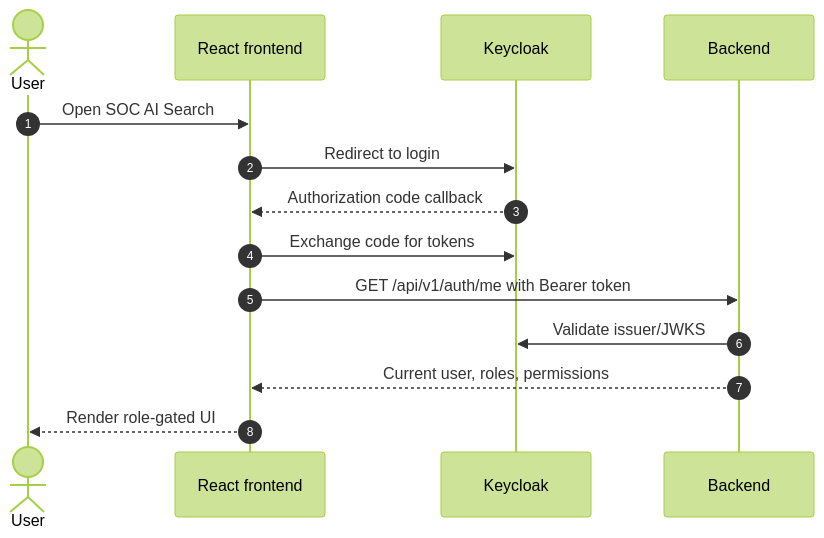
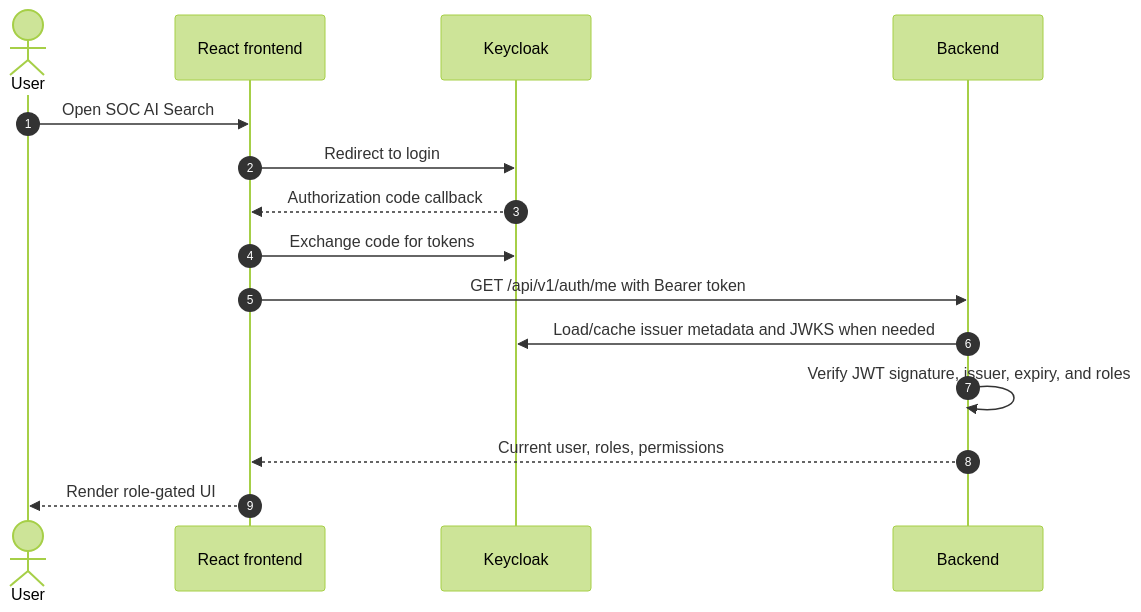
The first of 12 diagrams in docs/sequence-flow.md (PhamVanMinhBinhThuan/soc-ai-search), drawn with Mermaid (forest theme) before and after one commit. The commit also changed other lines of this file and 11 other files, not shown here.

````diff
--- a/docs/sequence-flow.md
+++ b/docs/sequence-flow.md
@@ -5,17 +5,18 @@
 ```mermaid
 sequenceDiagram
     autonumber
     actor User
     participant FE as React frontend
     participant KC as Keycloak
     participant BE as Backend
 
     User->>FE: Open SOC AI Search
     FE->>KC: Redirect to login
     KC-->>FE: Authorization code callback
     FE->>KC: Exchange code for tokens
     FE->>BE: GET /api/v1/auth/me with Bearer token
-    BE->>KC: Validate issuer/JWKS
+    BE->>KC: Load/cache issuer metadata and JWKS when needed
+    BE->>BE: Verify JWT signature, issuer, expiry, and roles
     BE-->>FE: Current user, roles, permissions
     FE-->>User: Render role-gated UI
 ```
````
